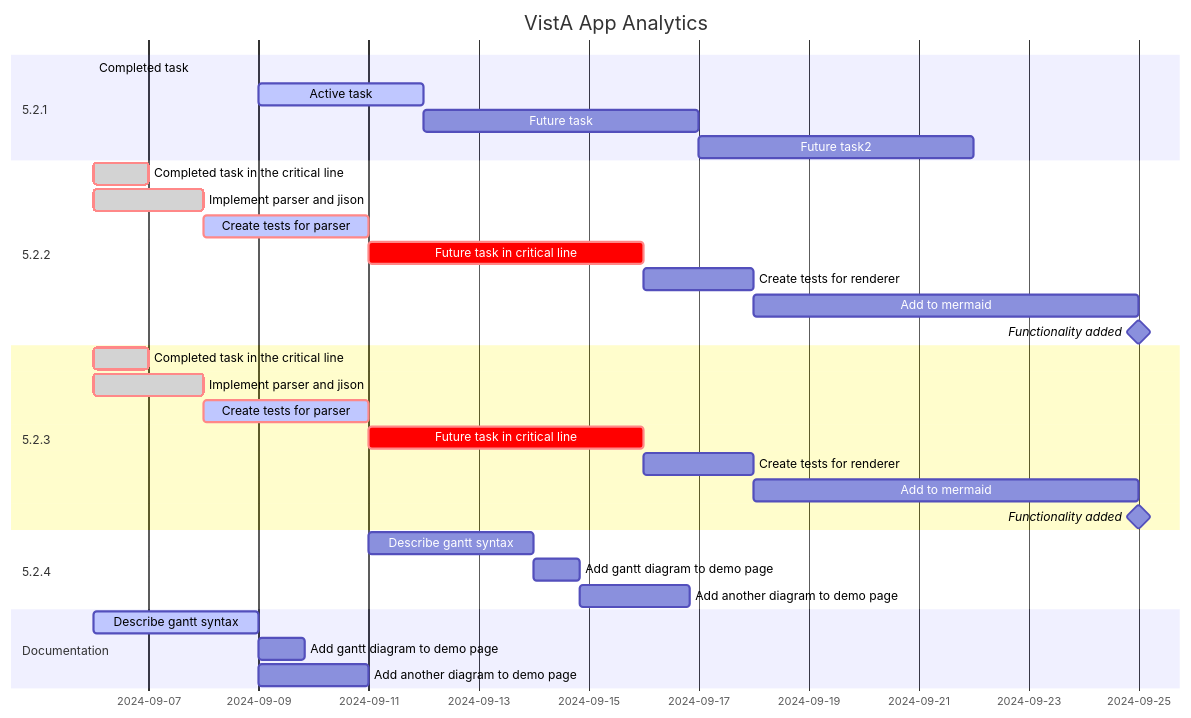
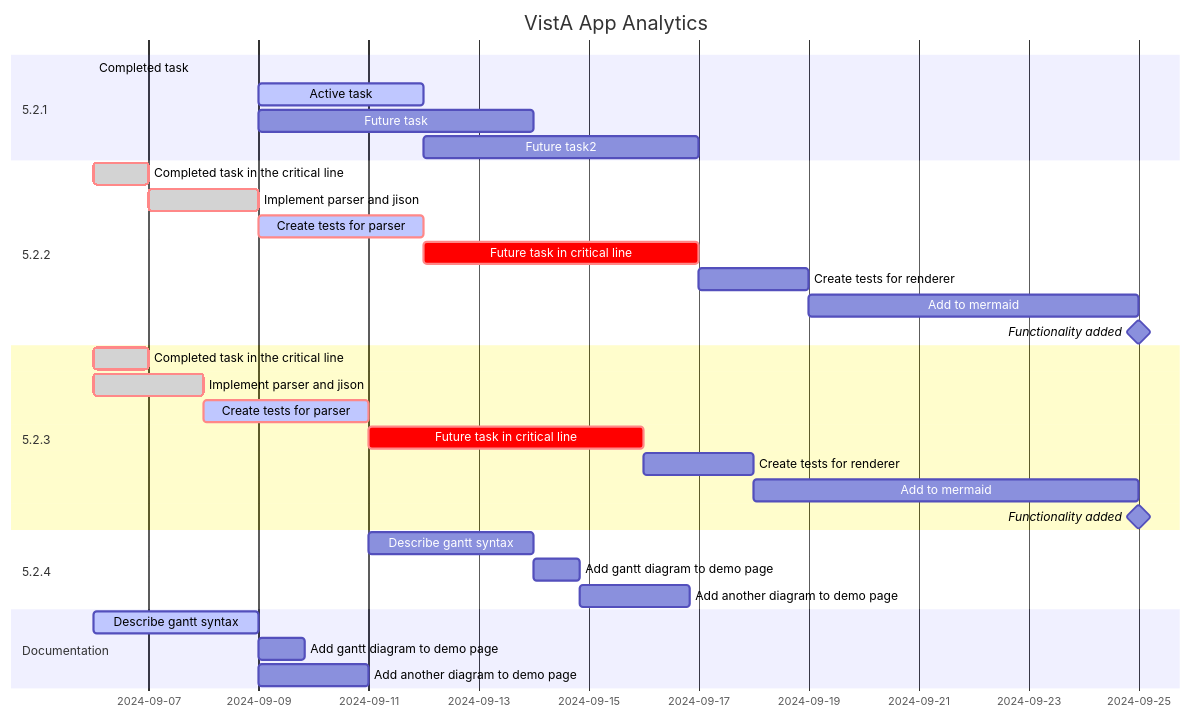
The diagram in README.md (cloudvista/vaa), drawn with Mermaid before and after one commit. The commit also changed other lines of this file and 3 other files, not shown here.

````diff
--- a/README.md
+++ b/README.md
@@ -23,40 +23,40 @@
 ```mermaid
 gantt
     dateFormat  YY-MM-DD
     title       VistA App Analytics
  
     section 5.2.1
-    Completed task            :done,    des1, 2024-09-06,2024-09-08
-    Active task               :active,  des2, 2024-09-09, 3d
-    Future task               :         des3, after des2, 5d
-    Future task2              :         des4, after des3, 5d
+    Completed task            :done,    task1, 2024-09-06,2024-09-08
+    Active task               :active,  task2, 2024-09-09, 3d
+    Future task               :         task3, after task2, 5d
+    Future task2              :         task4, after task3, 5d
 
     section 5.2.2
     Completed task in the critical line :crit, done, 2024-09-06,24h
-    Implement parser and jison          :crit, done, after des1, 2d
+    Implement parser and jison          :crit, done, after task1, 2d
     Create tests for parser             :crit, active, 3d
     Future task in critical line        :crit, 5d
     Create tests for renderer           :2d
     Add to mermaid                      :until isadded
     Functionality added                 :milestone, isadded, 2024-09-25, 0d
     
     section 5.2.3
     Completed task in the critical line :crit, done, 2024-09-06,24h
     Implement parser and jison          :crit, done, after des1, 2d
     Create tests for parser             :crit, active, 3d
     Future task in critical line        :crit, 5d
     Create tests for renderer           :2d
     Add to mermaid                      :until isadded
     Functionality added                 :milestone, isadded, 2024-09-25, 0d
 
     section 5.2.4
     Describe gantt syntax               :after doc1, 3d
     Add gantt diagram to demo page      :20h
     Add another diagram to demo page    :48h
 
     section Documentation
     Describe gantt syntax               :active, a1, after des1, 3d
     Add gantt diagram to demo page      :after a1  , 20h
     Add another diagram to demo page    :doc1, after a1  , 48h
 
 ```
````
